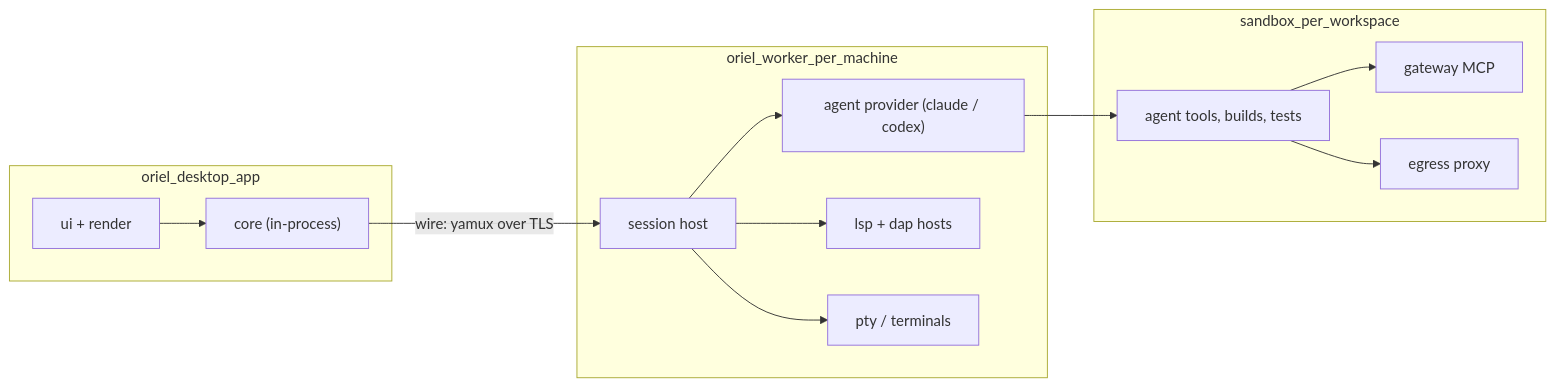
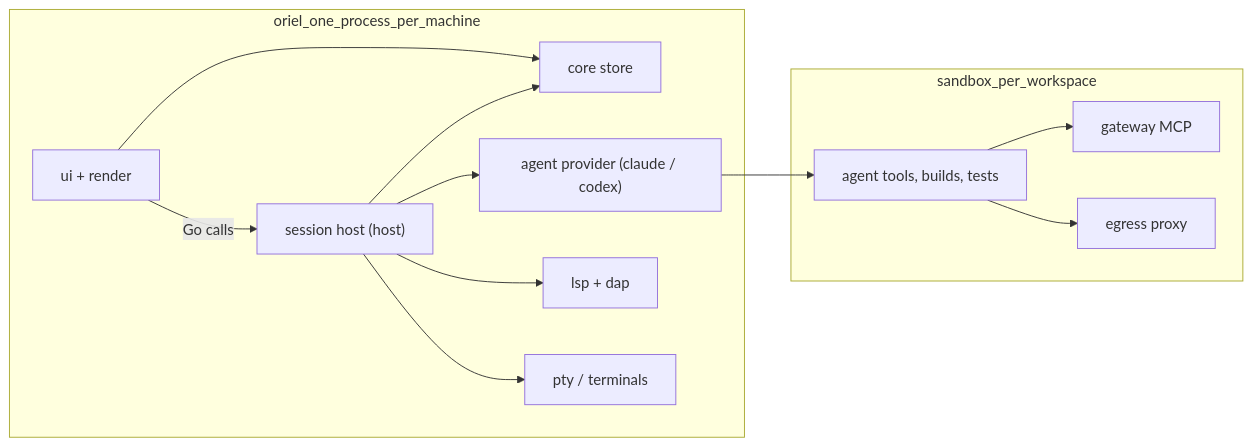
Before and after one commit to liamg/oriel: the diagram in _design/architecture.md, drawn with Mermaid. The commit also changed other lines of this file and 339 other files, not shown here.

First line of the commit message:
refactor: remove workers: one Oriel, its session host in process

````diff
--- a/_design/architecture.md
+++ b/_design/architecture.md
@@ -9,26 +9,25 @@
 ```mermaid
 flowchart LR
-  subgraph oriel_desktop_app
+  subgraph oriel_one_process_per_machine
     UI["ui + render"]
-    Core["core (in-process)"]
+    Core["core store"]
+    Sess["session host (host)"]
+    Agent["agent provider (claude / codex)"]
+    LSP["lsp + dap"]
+    PTY["pty / terminals"]
     UI --> Core
-  end
-  subgraph oriel_worker_per_machine
-    Sess["session host"]
-    Agent["agent provider (claude / codex)"]
-    LSP["lsp + dap hosts"]
-    PTY["pty / terminals"]
+    UI -- "Go calls" --> Sess
+    Sess --> Core
   end
   subgraph sandbox_per_workspace
     Tools["agent tools, builds, tests"]
     GW["gateway MCP"]
     Egress["egress proxy"]
   end
-  Core -- "wire: yamux over TLS" --> Sess
   Sess --> Agent
   Agent --> Tools
   Tools --> GW
   Tools --> Egress
   Sess --> LSP
   Sess --> PTY
 ```
````
